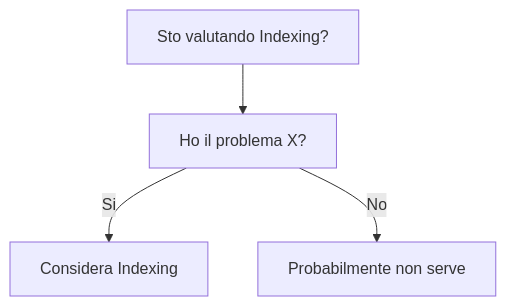
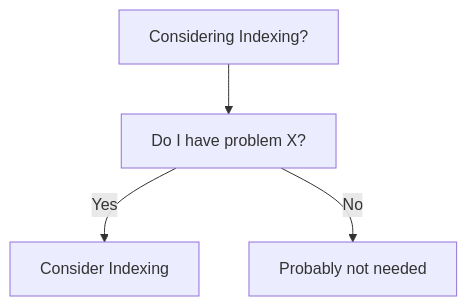
Before and after one commit to HxT9/Software-Dev-Wiki: the diagram in dev-wiki/06_Data_Storage/Indexing/When_To_Use.md, drawn with Mermaid. The commit also changed other lines of this file and 3444 other files, not shown here.

````diff
--- a/dev-wiki/06_Data_Storage/Indexing/When_To_Use.md
+++ b/dev-wiki/06_Data_Storage/Indexing/When_To_Use.md
@@ -19,6 +19,6 @@
 ```mermaid
 flowchart TD
-  Q[Sto valutando Indexing?] --> Q1[Ho il problema X?]
-  Q1 -->|Si| OK[Considera Indexing]
-  Q1 -->|No| NO[Probabilmente non serve]
+  Q[Considering Indexing?] --> Q1[Do I have problem X?]
+  Q1 -->|Yes| OK[Consider Indexing]
+  Q1 -->|No| NO[Probably not needed]
 ```
````
